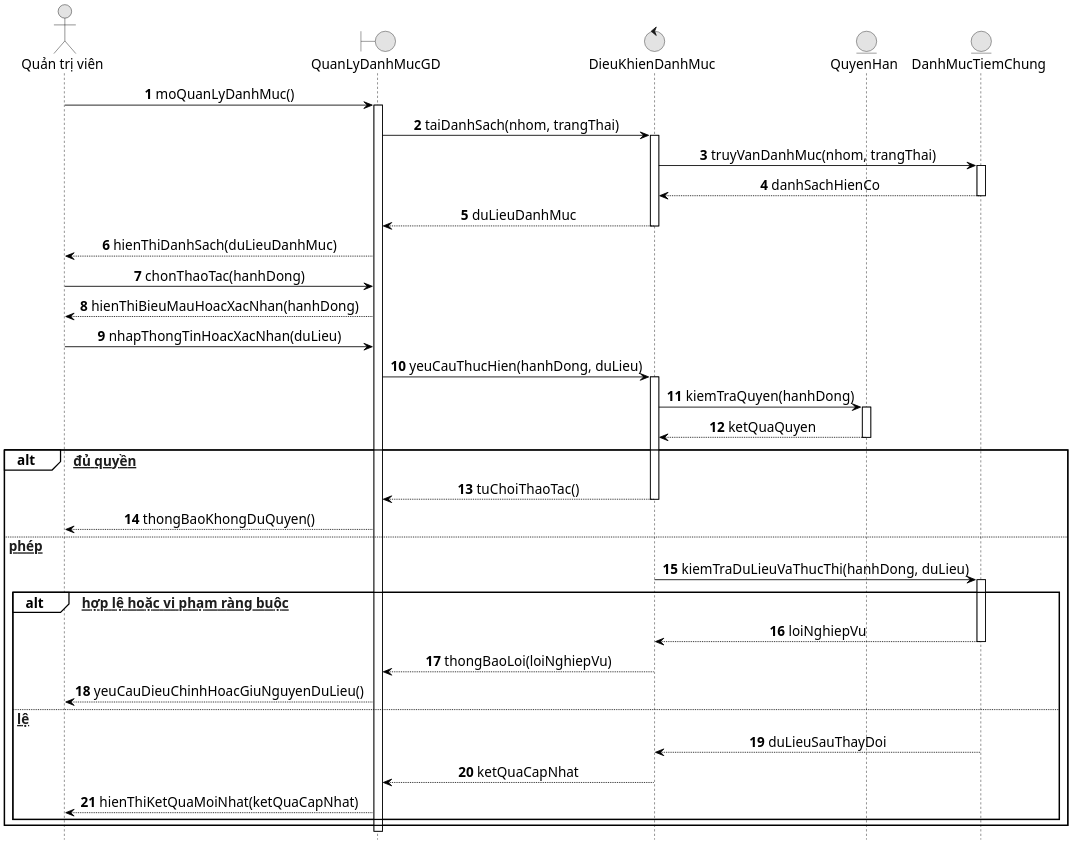
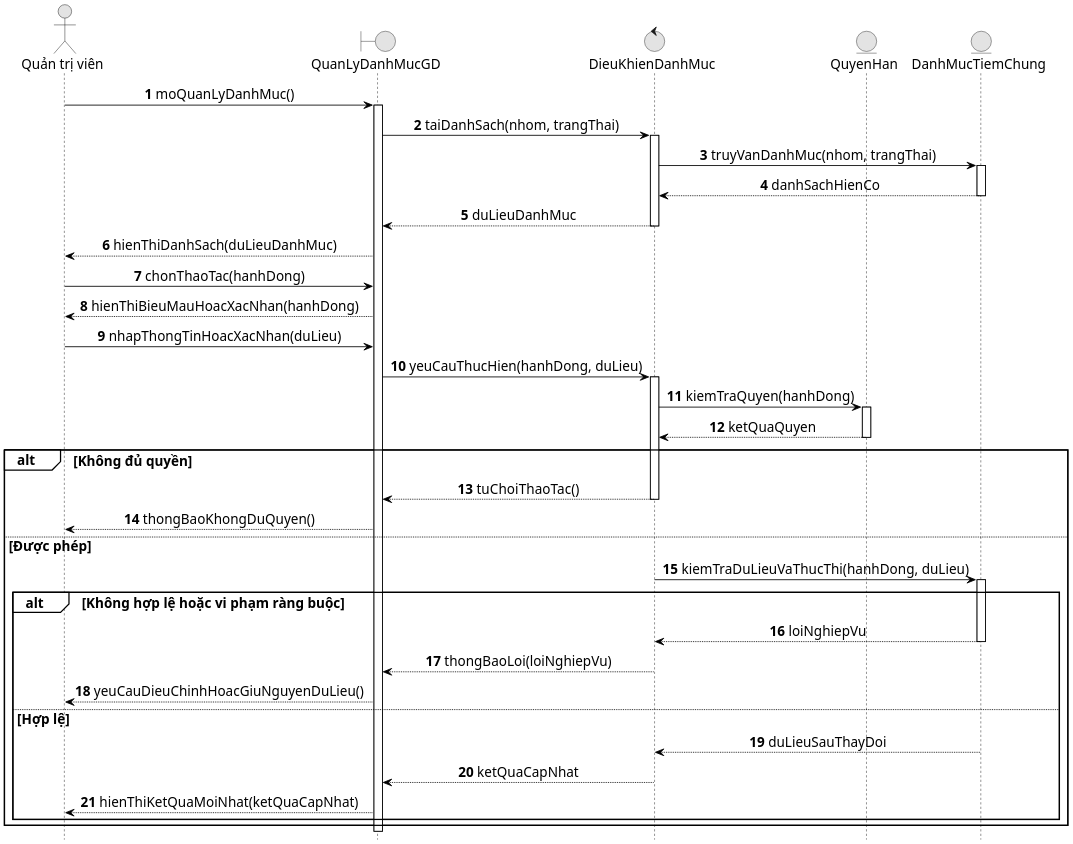
The diagram in docs/thesis/uml/Hinh_2_10_Sequence_Quan_Ly_Danh_Muc_Tiem_Chung.puml (datngo1203/KLCN-QuanLyTiemChung), drawn with PlantUML before and after one commit.

Commit message:
docs: fix UC1 sequence guard labels

```diff
--- a/docs/thesis/uml/Hinh_2_10_Sequence_Quan_Ly_Danh_Muc_Tiem_Chung.puml
+++ b/docs/thesis/uml/Hinh_2_10_Sequence_Quan_Ly_Danh_Muc_Tiem_Chung.puml
@@ -1,80 +1,80 @@
 @startuml
 ' THESIS-R1 - HUIT/Rational Rose Sequence Diagram profile
 skinparam monochrome true
 skinparam shadowing false
 skinparam backgroundColor white
 skinparam defaultFontName "Times New Roman"
 skinparam defaultFontSize 16
 skinparam dpi 180
 skinparam sequence {
   ArrowColor black
   LifeLineBorderColor black
   LifeLineBackgroundColor white
   ParticipantBorderColor black
   ParticipantBackgroundColor white
   ActorBorderColor black
   ActorFontColor black
   ParticipantFontColor black
   GroupBorderColor black
   GroupBackgroundColor white
   GroupFontColor black
   MessageAlign center
 }
 hide footbox
 autonumber
 
 actor "Quản trị viên" as Admin
 boundary "QuanLyDanhMucGD" as UI
 control "DieuKhienDanhMuc" as CatalogControl
 entity "QuyenHan" as Permission
 entity "DanhMucTiemChung" as Catalog
 
 Admin -> UI : moQuanLyDanhMuc()
 activate UI
 
 UI -> CatalogControl : taiDanhSach(nhom, trangThai)
 activate CatalogControl
 CatalogControl -> Catalog : truyVanDanhMuc(nhom, trangThai)
 activate Catalog
 Catalog --> CatalogControl : danhSachHienCo
 deactivate Catalog
 CatalogControl --> UI : duLieuDanhMuc
 deactivate CatalogControl
 UI --> Admin : hienThiDanhSach(duLieuDanhMuc)
 
 Admin -> UI : chonThaoTac(hanhDong)
 UI --> Admin : hienThiBieuMauHoacXacNhan(hanhDong)
 Admin -> UI : nhapThongTinHoacXacNhan(duLieu)
 
 UI -> CatalogControl : yeuCauThucHien(hanhDong, duLieu)
 activate CatalogControl
 CatalogControl -> Permission : kiemTraQuyen(hanhDong)
 activate Permission
 Permission --> CatalogControl : ketQuaQuyen
 deactivate Permission
 
-alt [Không đủ quyền]
+alt Không đủ quyền
   CatalogControl --> UI : tuChoiThaoTac()
   deactivate CatalogControl
   UI --> Admin : thongBaoKhongDuQuyen()
-else [Được phép]
+else Được phép
   CatalogControl -> Catalog : kiemTraDuLieuVaThucThi(hanhDong, duLieu)
   activate Catalog
 
-  alt [Không hợp lệ hoặc vi phạm ràng buộc]
+  alt Không hợp lệ hoặc vi phạm ràng buộc
     Catalog --> CatalogControl : loiNghiepVu
     deactivate Catalog
     CatalogControl --> UI : thongBaoLoi(loiNghiepVu)
     deactivate CatalogControl
     UI --> Admin : yeuCauDieuChinhHoacGiuNguyenDuLieu()
-  else [Hợp lệ]
+  else Hợp lệ
     Catalog --> CatalogControl : duLieuSauThayDoi
     deactivate Catalog
     CatalogControl --> UI : ketQuaCapNhat
     deactivate CatalogControl
     UI --> Admin : hienThiKetQuaMoiNhat(ketQuaCapNhat)
   end
 end
 
 deactivate UI
 @enduml
```
